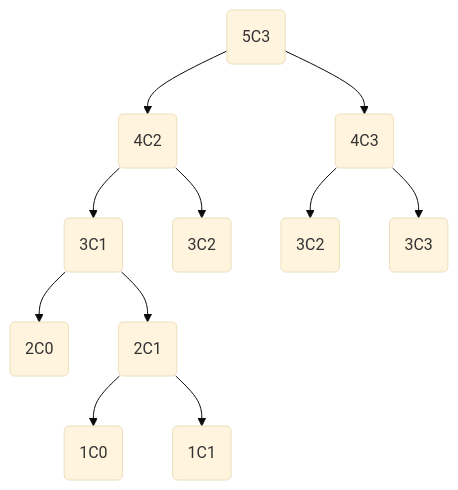
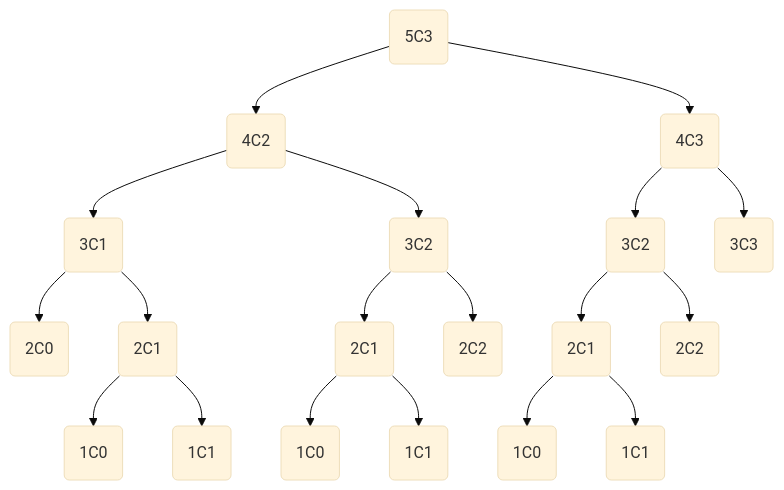
One commit to notfirefox/dynamic-programming changed the second of 2 diagrams in README.md. Above: the diagram before and after it, drawn with Mermaid (base theme).

````diff
--- a/README.md
+++ b/README.md
@@ -104,14 +104,24 @@
 ```mermaid
 graph TD;
     5C3(5C3);
     5C3-->5C3_4C2(4C2);
     5C3-->5C3_4C3(4C3);
     5C3_4C2-->5C3_4C2_3C1(3C1);
     5C3_4C2-->5C3_4C2_3C2(3C2);
     5C3_4C3-->5C3_4C3_3C2(3C2);
     5C3_4C3-->5C3_4C3_3C3(3C3);
     5C3_4C2_3C1-->5C3_4C2_3C1_2C0(2C0);
     5C3_4C2_3C1-->5C3_4C2_3C1_2C1(2C1);
     5C3_4C2_3C1_2C1-->5C3_4C2_3C1_2C1_1C0(1C0);
     5C3_4C2_3C1_2C1-->5C3_4C2_3C1_2C1_1C1(1C1);
+
+    5C3_4C2_3C2-->5C3_4C2_3C2_2C1(2C1);
+    5C3_4C2_3C2-->5C3_4C2_3C2_2C2(2C2);
+    5C3_4C2_3C2_2C1-->5C3_4C2_3C2_2C1_1C0(1C0);
+    5C3_4C2_3C2_2C1-->5C3_4C2_3C2_2C1_1C1(1C1);
+
+    5C3_4C3_3C2-->5C3_4C3_3C2_2C1(2C1);
+    5C3_4C3_3C2-->5C3_4C3_3C2_2C2(2C2);
+    5C3_4C3_3C2_2C1-->5C3_4C3_3C2_2C1_1C0(1C0);
+    5C3_4C3_3C2_2C1-->5C3_4C3_3C2_2C1_1C1(1C1);
 ```
````
